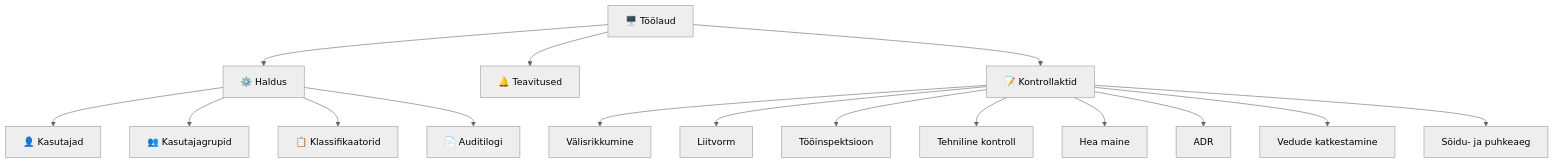
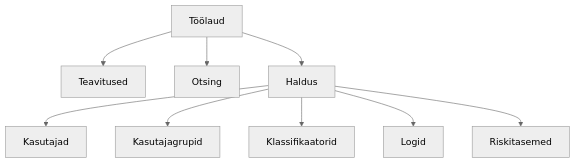
The diagram in docs/user-guide/03-menyy.md (kemit-ee/ljvis-2), drawn with Mermaid (neutral theme) before and after one commit. The commit also changed other lines of this file and 31 other files, not shown here.

````diff
--- a/docs/user-guide/03-menyy.md
+++ b/docs/user-guide/03-menyy.md
@@ -13,18 +19,11 @@
 ```mermaid
 flowchart TD
-    A[🖥️ Töölaud] --> B[⚙️ Haldus]
-    A --> T[🔔 Teavitused]
-    B --> C[👤 Kasutajad]
-    B --> D[👥 Kasutajagrupid]
-    B --> E[📋 Klassifikaatorid]
-    B --> F[📄 Auditilogi]
-    A --> G[📝 Kontrollaktid]
-    G --> H[Välisrikkumine]
-    G --> I[Liitvorm]
-    G --> J[Tööinspektsioon]
-    G --> K[Tehniline kontroll]
-    G --> L[Hea maine]
-    G --> M[ADR]
-    G --> N[Vedude katkestamine]
-    G --> O[Sõidu- ja puhkeaeg]
+    A[Töölaud] --> T[Teavitused]
+    A --> S[Otsing]
+    A --> B[Haldus]
+    B --> C[Kasutajad]
+    B --> D[Kasutajagrupid]
+    B --> E[Klassifikaatorid]
+    B --> F[Logid]
+    B --> R[Riskitasemed]
 ```
````
